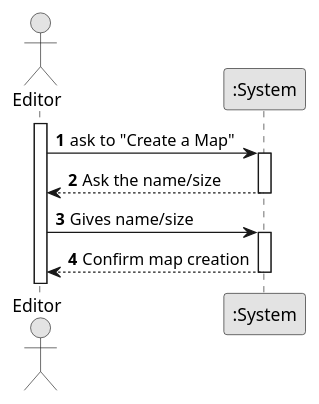
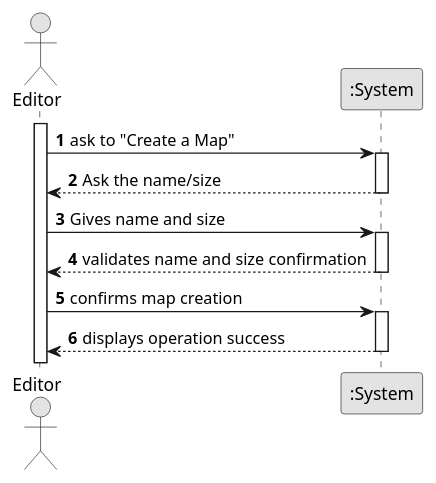
One commit to 1240826/empire-on-tracks changed the diagram in docs/system-documentation/US001/01.requirements-engineering/puml/US001-SSD.puml. Above: the diagram before and after it, drawn with PlantUML. The commit also changed 10 other files, not shown here.

```diff
--- a/docs/system-documentation/US001/01.requirements-engineering/puml/US001-SSD.puml
+++ b/docs/system-documentation/US001/01.requirements-engineering/puml/US001-SSD.puml
@@ -1,25 +1,31 @@
 @startuml
 skinparam monochrome true
 skinparam packageStyle rectangle
 skinparam shadowing false
 
 autonumber
 
 actor "Editor" as Employee
 participant ":System" as System
 
 activate Employee
 
     Employee -> System : ask to "Create a Map"
     activate System
 
         System --> Employee : Ask the name/size
     deactivate System
 
-    Employee -> System : Gives name/size
+    Employee -> System : Gives name and size
     activate System
 
-        System --> Employee : Confirm map creation
+    System --> Employee : validates name and size confirmation
     deactivate System
 
+     Employee -> System : confirms map creation
+     activate System
+
+     System --> Employee : displays operation success
+     deactivate System
+
 @enduml
```
